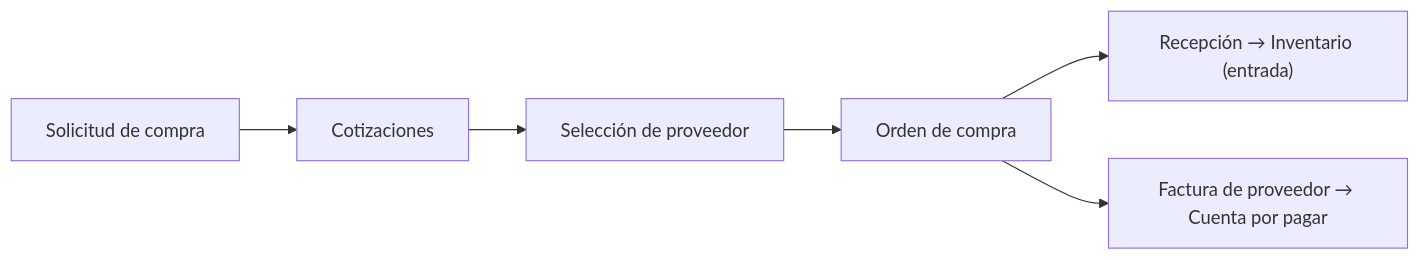
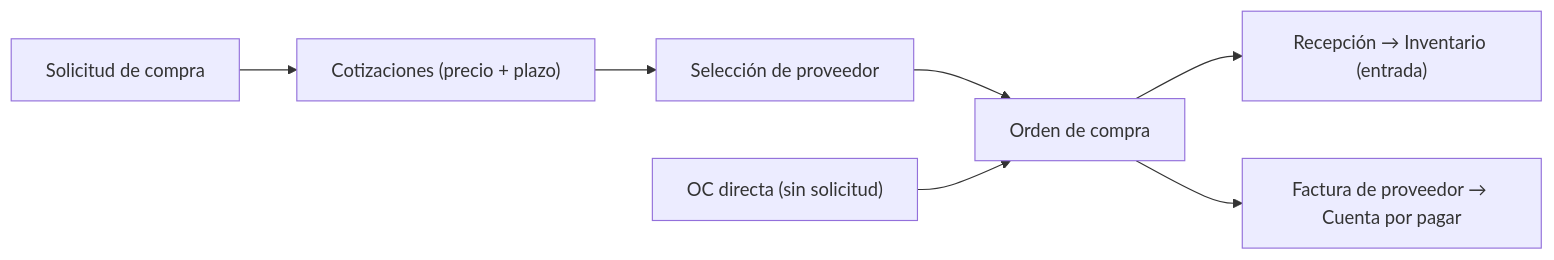
Before and after one commit to simonbravin/bloqer-v2: the fifth of 10 diagrams in docs/bloqer2.0/GUIA_OPERATIVA_BLOQER_V2_REVISADA.md, drawn with Mermaid. The commit also changed other lines of this file and 1 other file, not shown here.

First line of the commit message:
docs(guides): align operational guide with D-050 procurement flow

````diff
--- a/docs/bloqer2.0/GUIA_OPERATIVA_BLOQER_V2_REVISADA.md
+++ b/docs/bloqer2.0/GUIA_OPERATIVA_BLOQER_V2_REVISADA.md
@@ -316,8 +316,9 @@
 ```mermaid
 flowchart LR
-  PR["Solicitud de compra"] --> Q["Cotizaciones"]
+  PR["Solicitud de compra"] --> Q["Cotizaciones (precio + plazo)"]
   Q --> SEL["Selección de proveedor"]
   SEL --> PO["Orden de compra"]
+  DIR["OC directa (sin solicitud)"] --> PO
   PO --> REC["Recepción → Inventario (entrada)"]
   PO --> SI["Factura de proveedor → Cuenta por pagar"]
 ```
````
